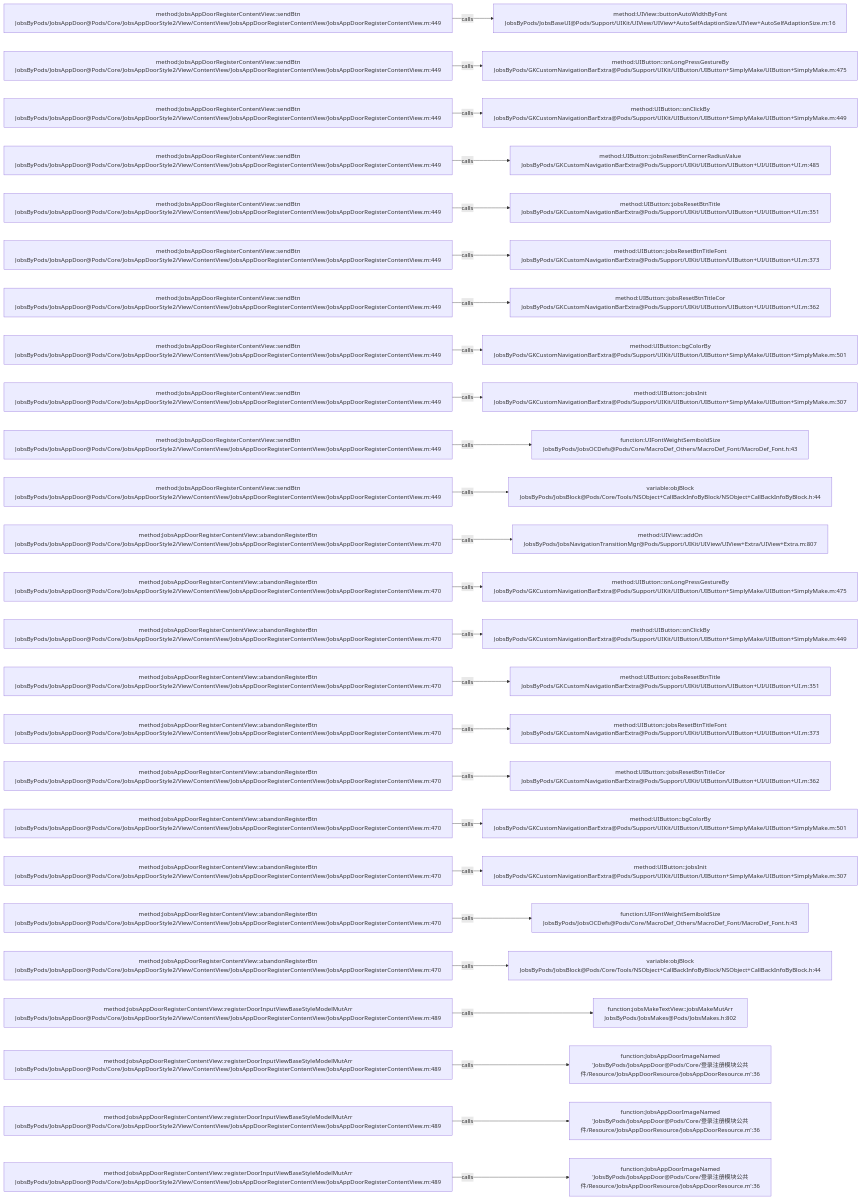
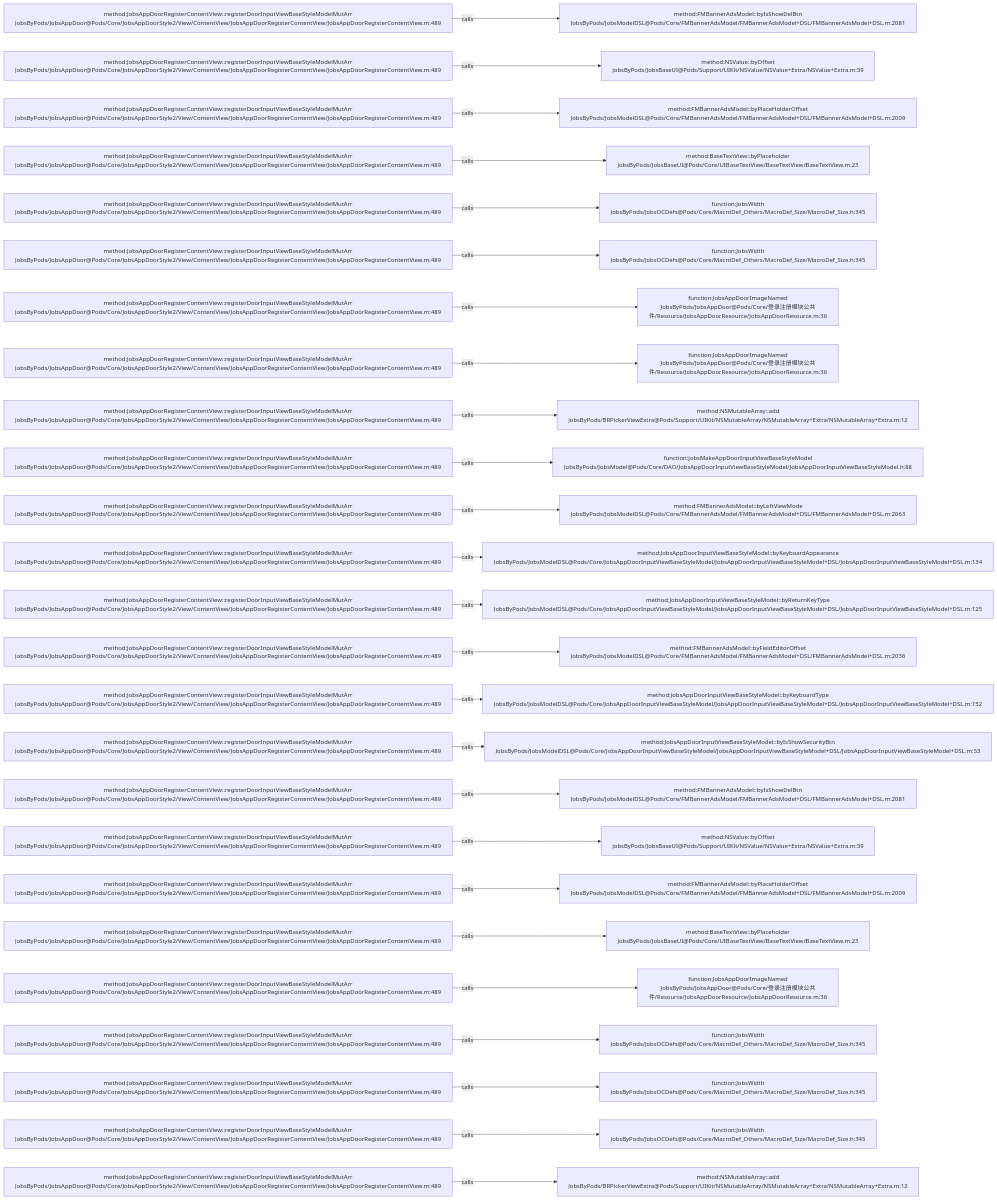
The diagram in .codegraph/codegraph.md/graphs/calls-133.md (JobsKits/JobsOCBaseConfigDemo), drawn with Mermaid before and after one commit. The commit also changed 223 other files, not shown here.

````diff
--- a/.codegraph/codegraph.md/graphs/calls-133.md
+++ b/.codegraph/codegraph.md/graphs/calls-133.md
@@ -13,78 +13,78 @@
 ```mermaid
 flowchart LR
-  S1["method:JobsAppDoorRegisterContentView::sendBtn<br/>JobsByPods/JobsAppDoor@Pods/Core/JobsAppDoorStyle2/View/ContentView/JobsAppDoorRegisterContentView/JobsAppDoorRegisterContentView.m:449"]
-  T1["method:UIView::buttonAutoWidthByFont<br/>JobsByPods/JobsBaseUI@Pods/Support/UIKit/UIView/UIView+AutoSelfAdaptionSize/UIView+AutoSelfAdaptionSize.m:16"]
+  S1["method:JobsAppDoorRegisterContentView::registerDoorInputViewBaseStyleModelMutArr<br/>JobsByPods/JobsAppDoor@Pods/Core/JobsAppDoorStyle2/View/ContentView/JobsAppDoorRegisterContentView/JobsAppDoorRegisterContentView.m:489"]
+  T1["method:FMBannerAdsModel::byIsShowDelBtn<br/>JobsByPods/JobsModelDSL@Pods/Core/FMBannerAdsModel/FMBannerAdsModel+DSL/FMBannerAdsModel+DSL.m:2081"]
   S1 -->|calls| T1
-  S2["method:JobsAppDoorRegisterContentView::sendBtn<br/>JobsByPods/JobsAppDoor@Pods/Core/JobsAppDoorStyle2/View/ContentView/JobsAppDoorRegisterContentView/JobsAppDoorRegisterContentView.m:449"]
-  T2["method:UIButton::onLongPressGestureBy<br/>JobsByPods/GKCustomNavigationBarExtra@Pods/Support/UIKit/UIButton/UIButton+SimplyMake/UIButton+SimplyMake.m:475"]
+  S2["method:JobsAppDoorRegisterContentView::registerDoorInputViewBaseStyleModelMutArr<br/>JobsByPods/JobsAppDoor@Pods/Core/JobsAppDoorStyle2/View/ContentView/JobsAppDoorRegisterContentView/JobsAppDoorRegisterContentView.m:489"]
+  T2["method:NSValue::byOffset<br/>JobsByPods/JobsBaseUI@Pods/Support/UIKit/NSValue/NSValue+Extra/NSValue+Extra.m:59"]
   S2 -->|calls| T2
-  S3["method:JobsAppDoorRegisterContentView::sendBtn<br/>JobsByPods/JobsAppDoor@Pods/Core/JobsAppDoorStyle2/View/ContentView/JobsAppDoorRegisterContentView/JobsAppDoorRegisterContentView.m:449"]
-  T3["method:UIButton::onClickBy<br/>JobsByPods/GKCustomNavigationBarExtra@Pods/Support/UIKit/UIButton/UIButton+SimplyMake/UIButton+SimplyMake.m:449"]
+  S3["method:JobsAppDoorRegisterContentView::registerDoorInputViewBaseStyleModelMutArr<br/>JobsByPods/JobsAppDoor@Pods/Core/JobsAppDoorStyle2/View/ContentView/JobsAppDoorRegisterContentView/JobsAppDoorRegisterContentView.m:489"]
+  T3["method:FMBannerAdsModel::byPlaceHolderOffset<br/>JobsByPods/JobsModelDSL@Pods/Core/FMBannerAdsModel/FMBannerAdsModel+DSL/FMBannerAdsModel+DSL.m:2009"]
   S3 -->|calls| T3
-  S4["method:JobsAppDoorRegisterContentView::sendBtn<br/>JobsByPods/JobsAppDoor@Pods/Core/JobsAppDoorStyle2/View/ContentView/JobsAppDoorRegisterContentView/JobsAppDoorRegisterContentView.m:449"]
-  T4["method:UIButton::jobsResetBtnCornerRadiusValue<br/>JobsByPods/GKCustomNavigationBarExtra@Pods/Support/UIKit/UIButton/UIButton+UI/UIButton+UI.m:485"]
+  S4["method:JobsAppDoorRegisterContentView::registerDoorInputViewBaseStyleModelMutArr<br/>JobsByPods/JobsAppDoor@Pods/Core/JobsAppDoorStyle2/View/ContentView/JobsAppDoorRegisterContentView/JobsAppDoorRegisterContentView.m:489"]
+  T4["method:BaseTextView::byPlaceholder<br/>JobsByPods/JobsBaseUI@Pods/Core/UIBaseTextView/BaseTextView/BaseTextView.m:23"]
   S4 -->|calls| T4
-  S5["method:JobsAppDoorRegisterContentView::sendBtn<br/>JobsByPods/JobsAppDoor@Pods/Core/JobsAppDoorStyle2/View/ContentView/JobsAppDoorRegisterContentView/JobsAppDoorRegisterContentView.m:449"]
-  T5["method:UIButton::jobsResetBtnTitle<br/>JobsByPods/GKCustomNavigationBarExtra@Pods/Support/UIKit/UIButton/UIButton+UI/UIButton+UI.m:351"]
+  S5["method:JobsAppDoorRegisterContentView::registerDoorInputViewBaseStyleModelMutArr<br/>JobsByPods/JobsAppDoor@Pods/Core/JobsAppDoorStyle2/View/ContentView/JobsAppDoorRegisterContentView/JobsAppDoorRegisterContentView.m:489"]
+  T5["function:JobsWidth<br/>JobsByPods/JobsOCDefs@Pods/Core/MacroDef_Others/MacroDef_Size/MacroDef_Size.h:345"]
   S5 -->|calls| T5
-  S6["method:JobsAppDoorRegisterContentView::sendBtn<br/>JobsByPods/JobsAppDoor@Pods/Core/JobsAppDoorStyle2/View/ContentView/JobsAppDoorRegisterContentView/JobsAppDoorRegisterContentView.m:449"]
-  T6["method:UIButton::jobsResetBtnTitleFont<br/>JobsByPods/GKCustomNavigationBarExtra@Pods/Support/UIKit/UIButton/UIButton+UI/UIButton+UI.m:373"]
+  S6["method:JobsAppDoorRegisterContentView::registerDoorInputViewBaseStyleModelMutArr<br/>JobsByPods/JobsAppDoor@Pods/Core/JobsAppDoorStyle2/View/ContentView/JobsAppDoorRegisterContentView/JobsAppDoorRegisterContentView.m:489"]
+  T6["function:JobsWidth<br/>JobsByPods/JobsOCDefs@Pods/Core/MacroDef_Others/MacroDef_Size/MacroDef_Size.h:345"]
   S6 -->|calls| T6
-  S7["method:JobsAppDoorRegisterContentView::sendBtn<br/>JobsByPods/JobsAppDoor@Pods/Core/JobsAppDoorStyle2/View/ContentView/JobsAppDoorRegisterContentView/JobsAppDoorRegisterContentView.m:449"]
-  T7["method:UIButton::jobsResetBtnTitleCor<br/>JobsByPods/GKCustomNavigationBarExtra@Pods/Support/UIKit/UIButton/UIButton+UI/UIButton+UI.m:362"]
+  S7["method:JobsAppDoorRegisterContentView::registerDoorInputViewBaseStyleModelMutArr<br/>JobsByPods/JobsAppDoor@Pods/Core/JobsAppDoorStyle2/View/ContentView/JobsAppDoorRegisterContentView/JobsAppDoorRegisterContentView.m:489"]
+  T7["function:JobsAppDoorImageNamed<br/>JobsByPods/JobsAppDoor@Pods/Core/登录注册模块公共件/Resource/JobsAppDoorResource/JobsAppDoorResource.m:36"]
   S7 -->|calls| T7
-  S8["method:JobsAppDoorRegisterContentView::sendBtn<br/>JobsByPods/JobsAppDoor@Pods/Core/JobsAppDoorStyle2/View/ContentView/JobsAppDoorRegisterContentView/JobsAppDoorRegisterContentView.m:449"]
-  T8["method:UIButton::bgColorBy<br/>JobsByPods/GKCustomNavigationBarExtra@Pods/Support/UIKit/UIButton/UIButton+SimplyMake/UIButton+SimplyMake.m:501"]
+  S8["method:JobsAppDoorRegisterContentView::registerDoorInputViewBaseStyleModelMutArr<br/>JobsByPods/JobsAppDoor@Pods/Core/JobsAppDoorStyle2/View/ContentView/JobsAppDoorRegisterContentView/JobsAppDoorRegisterContentView.m:489"]
+  T8["function:JobsAppDoorImageNamed<br/>JobsByPods/JobsAppDoor@Pods/Core/登录注册模块公共件/Resource/JobsAppDoorResource/JobsAppDoorResource.m:36"]
   S8 -->|calls| T8
-  S9["method:JobsAppDoorRegisterContentView::sendBtn<br/>JobsByPods/JobsAppDoor@Pods/Core/JobsAppDoorStyle2/View/ContentView/JobsAppDoorRegisterContentView/JobsAppDoorRegisterContentView.m:449"]
-  T9["method:UIButton::jobsInit<br/>JobsByPods/GKCustomNavigationBarExtra@Pods/Support/UIKit/UIButton/UIButton+SimplyMake/UIButton+SimplyMake.m:307"]
+  S9["method:JobsAppDoorRegisterContentView::registerDoorInputViewBaseStyleModelMutArr<br/>JobsByPods/JobsAppDoor@Pods/Core/JobsAppDoorStyle2/View/ContentView/JobsAppDoorRegisterContentView/JobsAppDoorRegisterContentView.m:489"]
+  T9["method:NSMutableArray::add<br/>JobsByPods/BRPickerViewExtra@Pods/Support/UIKit/NSMutableArray/NSMutableArray+Extra/NSMutableArray+Extra.m:12"]
   S9 -->|calls| T9
-  S10["method:JobsAppDoorRegisterContentView::sendBtn<br/>JobsByPods/JobsAppDoor@Pods/Core/JobsAppDoorStyle2/View/ContentView/JobsAppDoorRegisterContentView/JobsAppDoorRegisterContentView.m:449"]
-  T10["function:UIFontWeightSemiboldSize<br/>JobsByPods/JobsOCDefs@Pods/Core/MacroDef_Others/MacroDef_Font/MacroDef_Font.h:43"]
+  S10["method:JobsAppDoorRegisterContentView::registerDoorInputViewBaseStyleModelMutArr<br/>JobsByPods/JobsAppDoor@Pods/Core/JobsAppDoorStyle2/View/ContentView/JobsAppDoorRegisterContentView/JobsAppDoorRegisterContentView.m:489"]
+  T10["function:jobsMakeAppDoorInputViewBaseStyleModel<br/>JobsByPods/JobsModel@Pods/Core/DAO/JobsAppDoorInputViewBaseStyleModel/JobsAppDoorInputViewBaseStyleModel.h:88"]
   S10 -->|calls| T10
-  S11["method:JobsAppDoorRegisterContentView::sendBtn<br/>JobsByPods/JobsAppDoor@Pods/Core/JobsAppDoorStyle2/View/ContentView/JobsAppDoorRegisterContentView/JobsAppDoorRegisterContentView.m:449"]
-  T11["variable:objBlock<br/>JobsByPods/JobsBlock@Pods/Core/Tools/NSObject+CallBackInfoByBlock/NSObject+CallBackInfoByBlock.h:44"]
+  S11["method:JobsAppDoorRegisterContentView::registerDoorInputViewBaseStyleModelMutArr<br/>JobsByPods/JobsAppDoor@Pods/Core/JobsAppDoorStyle2/View/ContentView/JobsAppDoorRegisterContentView/JobsAppDoorRegisterContentView.m:489"]
+  T11["method:FMBannerAdsModel::byLeftViewMode<br/>JobsByPods/JobsModelDSL@Pods/Core/FMBannerAdsModel/FMBannerAdsModel+DSL/FMBannerAdsModel+DSL.m:2063"]
   S11 -->|calls| T11
-  S12["method:JobsAppDoorRegisterContentView::abandonRegisterBtn<br/>JobsByPods/JobsAppDoor@Pods/Core/JobsAppDoorStyle2/View/ContentView/JobsAppDoorRegisterContentView/JobsAppDoorRegisterContentView.m:470"]
-  T12["method:UIView::addOn<br/>JobsByPods/JobsNavigationTransitionMgr@Pods/Support/UIKit/UIView/UIView+Extra/UIView+Extra.m:807"]
+  S12["method:JobsAppDoorRegisterContentView::registerDoorInputViewBaseStyleModelMutArr<br/>JobsByPods/JobsAppDoor@Pods/Core/JobsAppDoorStyle2/View/ContentView/JobsAppDoorRegisterContentView/JobsAppDoorRegisterContentView.m:489"]
+  T12["method:JobsAppDoorInputViewBaseStyleModel::byKeyboardAppearance<br/>JobsByPods/JobsModelDSL@Pods/Core/JobsAppDoorInputViewBaseStyleModel/JobsAppDoorInputViewBaseStyleModel+DSL/JobsAppDoorInputViewBaseStyleModel+DSL.m:134"]
   S12 -->|calls| T12
-  S13["method:JobsAppDoorRegisterContentView::abandonRegisterBtn<br/>JobsByPods/JobsAppDoor@Pods/Core/JobsAppDoorStyle2/View/ContentView/JobsAppDoorRegisterContentView/JobsAppDoorRegisterContentView.m:470"]
-  T13["method:UIButton::onLongPressGestureBy<br/>JobsByPods/GKCustomNavigationBarExtra@Pods/Support/UIKit/UIButton/UIButton+SimplyMake/UIButton+SimplyMake.m:475"]
+  S13["method:JobsAppDoorRegisterContentView::registerDoorInputViewBaseStyleModelMutArr<br/>JobsByPods/JobsAppDoor@Pods/Core/JobsAppDoorStyle2/View/ContentView/JobsAppDoorRegisterContentView/JobsAppDoorRegisterContentView.m:489"]
+  T13["method:JobsAppDoorInputViewBaseStyleModel::byReturnKeyType<br/>JobsByPods/JobsModelDSL@Pods/Core/JobsAppDoorInputViewBaseStyleModel/JobsAppDoorInputViewBaseStyleModel+DSL/JobsAppDoorInputViewBaseStyleModel+DSL.m:125"]
   S13 -->|calls| T13
-  S14["method:JobsAppDoorRegisterContentView::abandonRegisterBtn<br/>JobsByPods/JobsAppDoor@Pods/Core/JobsAppDoorStyle2/View/ContentView/JobsAppDoorRegisterContentView/JobsAppDoorRegisterContentView.m:470"]
-  T14["method:UIButton::onClickBy<br/>JobsByPods/GKCustomNavigationBarExtra@Pods/Support/UIKit/UIButton/UIButton+SimplyMake/UIButton+SimplyMake.m:449"]
+  S14["method:JobsAppDoorRegisterContentView::registerDoorInputViewBaseStyleModelMutArr<br/>JobsByPods/JobsAppDoor@Pods/Core/JobsAppDoorStyle2/View/ContentView/JobsAppDoorRegisterContentView/JobsAppDoorRegisterContentView.m:489"]
+  T14["method:FMBannerAdsModel::byFieldEditorOffset<br/>JobsByPods/JobsModelDSL@Pods/Core/FMBannerAdsModel/FMBannerAdsModel+DSL/FMBannerAdsModel+DSL.m:2036"]
   S14 -->|calls| T14
-  S15["method:JobsAppDoorRegisterContentView::abandonRegisterBtn<br/>JobsByPods/JobsAppDoor@Pods/Core/JobsAppDoorStyle2/View/ContentView/JobsAppDoorRegisterContentView/JobsAppDoorRegisterContentView.m:470"]
-  T15["method:UIButton::jobsResetBtnTitle<br/>JobsByPods/GKCustomNavigationBarExtra@Pods/Support/UIKit/UIButton/UIButton+UI/UIButton+UI.m:351"]
+  S15["method:JobsAppDoorRegisterContentView::registerDoorInputViewBaseStyleModelMutArr<br/>JobsByPods/JobsAppDoor@Pods/Core/JobsAppDoorStyle2/View/ContentView/JobsAppDoorRegisterContentView/JobsAppDoorRegisterContentView.m:489"]
+  T15["method:JobsAppDoorInputViewBaseStyleModel::byKeyboardType<br/>JobsByPods/JobsModelDSL@Pods/Core/JobsAppDoorInputViewBaseStyleModel/JobsAppDoorInputViewBaseStyleModel+DSL/JobsAppDoorInputViewBaseStyleModel+DSL.m:152"]
   S15 -->|calls| T15
-  S16["method:JobsAppDoorRegisterContentView::abandonRegisterBtn<br/>JobsByPods/JobsAppDoor@Pods/Core/JobsAppDoorStyle2/View/ContentView/JobsAppDoorRegisterContentView/JobsAppDoorRegisterContentView.m:470"]
-  T16["method:UIButton::jobsResetBtnTitleFont<br/>JobsByPods/GKCustomNavigationBarExtra@Pods/Support/UIKit/UIButton/UIButton+UI/UIButton+UI.m:373"]
+  S16["method:JobsAppDoorRegisterContentView::registerDoorInputViewBaseStyleModelMutArr<br/>JobsByPods/JobsAppDoor@Pods/Core/JobsAppDoorStyle2/View/ContentView/JobsAppDoorRegisterContentView/JobsAppDoorRegisterContentView.m:489"]
+  T16["method:JobsAppDoorInputViewBaseStyleModel::byIsShowSecurityBtn<br/>JobsByPods/JobsModelDSL@Pods/Core/JobsAppDoorInputViewBaseStyleModel/JobsAppDoorInputViewBaseStyleModel+DSL/JobsAppDoorInputViewBaseStyleModel+DSL.m:53"]
   S16 -->|calls| T16
-  S17["method:JobsAppDoorRegisterContentView::abandonRegisterBtn<br/>JobsByPods/JobsAppDoor@Pods/Core/JobsAppDoorStyle2/View/ContentView/JobsAppDoorRegisterContentView/JobsAppDoorRegisterContentView.m:470"]
-  T17["method:UIButton::jobsResetBtnTitleCor<br/>JobsByPods/GKCustomNavigationBarExtra@Pods/Support/UIKit/UIButton/UIButton+UI/UIButton+UI.m:362"]
+  S17["method:JobsAppDoorRegisterContentView::registerDoorInputViewBaseStyleModelMutArr<br/>JobsByPods/JobsAppDoor@Pods/Core/JobsAppDoorStyle2/View/ContentView/JobsAppDoorRegisterContentView/JobsAppDoorRegisterContentView.m:489"]
+  T17["method:FMBannerAdsModel::byIsShowDelBtn<br/>JobsByPods/JobsModelDSL@Pods/Core/FMBannerAdsModel/FMBannerAdsModel+DSL/FMBannerAdsModel+DSL.m:2081"]
   S17 -->|calls| T17
-  S18["method:JobsAppDoorRegisterContentView::abandonRegisterBtn<br/>JobsByPods/JobsAppDoor@Pods/Core/JobsAppDoorStyle2/View/ContentView/JobsAppDoorRegisterContentView/JobsAppDoorRegisterContentView.m:470"]
-  T18["method:UIButton::bgColorBy<br/>JobsByPods/GKCustomNavigationBarExtra@Pods/Support/UIKit/UIButton/UIButton+SimplyMake/UIButton+SimplyMake.m:501"]
+  S18["method:JobsAppDoorRegisterContentView::registerDoorInputViewBaseStyleModelMutArr<br/>JobsByPods/JobsAppDoor@Pods/Core/JobsAppDoorStyle2/View/ContentView/JobsAppDoorRegisterContentView/JobsAppDoorRegisterContentView.m:489"]
+  T18["method:NSValue::byOffset<br/>JobsByPods/JobsBaseUI@Pods/Support/UIKit/NSValue/NSValue+Extra/NSValue+Extra.m:59"]
   S18 -->|calls| T18
-  S19["method:JobsAppDoorRegisterContentView::abandonRegisterBtn<br/>JobsByPods/JobsAppDoor@Pods/Core/JobsAppDoorStyle2/View/ContentView/JobsAppDoorRegisterContentView/JobsAppDoorRegisterContentView.m:470"]
-  T19["method:UIButton::jobsInit<br/>JobsByPods/GKCustomNavigationBarExtra@Pods/Support/UIKit/UIButton/UIButton+SimplyMake/UIButton+SimplyMake.m:307"]
+  S19["method:JobsAppDoorRegisterContentView::registerDoorInputViewBaseStyleModelMutArr<br/>JobsByPods/JobsAppDoor@Pods/Core/JobsAppDoorStyle2/View/ContentView/JobsAppDoorRegisterContentView/JobsAppDoorRegisterContentView.m:489"]
+  T19["method:FMBannerAdsModel::byPlaceHolderOffset<br/>JobsByPods/JobsModelDSL@Pods/Core/FMBannerAdsModel/FMBannerAdsModel+DSL/FMBannerAdsModel+DSL.m:2009"]
   S19 -->|calls| T19
-  S20["method:JobsAppDoorRegisterContentView::abandonRegisterBtn<br/>JobsByPods/JobsAppDoor@Pods/Core/JobsAppDoorStyle2/View/ContentView/JobsAppDoorRegisterContentView/JobsAppDoorRegisterContentView.m:470"]
-  T20["function:UIFontWeightSemiboldSize<br/>JobsByPods/JobsOCDefs@Pods/Core/MacroDef_Others/MacroDef_Font/MacroDef_Font.h:43"]
+  S20["method:JobsAppDoorRegisterContentView::registerDoorInputViewBaseStyleModelMutArr<br/>JobsByPods/JobsAppDoor@Pods/Core/JobsAppDoorStyle2/View/ContentView/JobsAppDoorRegisterContentView/JobsAppDoorRegisterContentView.m:489"]
+  T20["method:BaseTextView::byPlaceholder<br/>JobsByPods/JobsBaseUI@Pods/Core/UIBaseTextView/BaseTextView/BaseTextView.m:23"]
   S20 -->|calls| T20
-  S21["method:JobsAppDoorRegisterContentView::abandonRegisterBtn<br/>JobsByPods/JobsAppDoor@Pods/Core/JobsAppDoorStyle2/View/ContentView/JobsAppDoorRegisterContentView/JobsAppDoorRegisterContentView.m:470"]
-  T21["variable:objBlock<br/>JobsByPods/JobsBlock@Pods/Core/Tools/NSObject+CallBackInfoByBlock/NSObject+CallBackInfoByBlock.h:44"]
+  S21["method:JobsAppDoorRegisterContentView::registerDoorInputViewBaseStyleModelMutArr<br/>JobsByPods/JobsAppDoor@Pods/Core/JobsAppDoorStyle2/View/ContentView/JobsAppDoorRegisterContentView/JobsAppDoorRegisterContentView.m:489"]
+  T21["function:JobsAppDoorImageNamed<br/>JobsByPods/JobsAppDoor@Pods/Core/登录注册模块公共件/Resource/JobsAppDoorResource/JobsAppDoorResource.m:36"]
   S21 -->|calls| T21
   S22["method:JobsAppDoorRegisterContentView::registerDoorInputViewBaseStyleModelMutArr<br/>JobsByPods/JobsAppDoor@Pods/Core/JobsAppDoorStyle2/View/ContentView/JobsAppDoorRegisterContentView/JobsAppDoorRegisterContentView.m:489"]
-  T22["function:jobsMakeTextView::jobsMakeMutArr<br/>JobsByPods/JobsMakes@Pods/JobsMakes.h:802"]
+  T22["function:JobsWidth<br/>JobsByPods/JobsOCDefs@Pods/Core/MacroDef_Others/MacroDef_Size/MacroDef_Size.h:345"]
   S22 -->|calls| T22
   S23["method:JobsAppDoorRegisterContentView::registerDoorInputViewBaseStyleModelMutArr<br/>JobsByPods/JobsAppDoor@Pods/Core/JobsAppDoorStyle2/View/ContentView/JobsAppDoorRegisterContentView/JobsAppDoorRegisterContentView.m:489"]
-  T23["function:JobsAppDoorImageNamed<br/>'JobsByPods/JobsAppDoor@Pods/Core/登录注册模块公共件/Resource/JobsAppDoorResource/JobsAppDoorResource.m':36"]
+  T23["function:JobsWidth<br/>JobsByPods/JobsOCDefs@Pods/Core/MacroDef_Others/MacroDef_Size/MacroDef_Size.h:345"]
   S23 -->|calls| T23
   S24["method:JobsAppDoorRegisterContentView::registerDoorInputViewBaseStyleModelMutArr<br/>JobsByPods/JobsAppDoor@Pods/Core/JobsAppDoorStyle2/View/ContentView/JobsAppDoorRegisterContentView/JobsAppDoorRegisterContentView.m:489"]
-  T24["function:JobsAppDoorImageNamed<br/>'JobsByPods/JobsAppDoor@Pods/Core/登录注册模块公共件/Resource/JobsAppDoorResource/JobsAppDoorResource.m':36"]
+  T24["function:JobsWidth<br/>JobsByPods/JobsOCDefs@Pods/Core/MacroDef_Others/MacroDef_Size/MacroDef_Size.h:345"]
   S24 -->|calls| T24
   S25["method:JobsAppDoorRegisterContentView::registerDoorInputViewBaseStyleModelMutArr<br/>JobsByPods/JobsAppDoor@Pods/Core/JobsAppDoorStyle2/View/ContentView/JobsAppDoorRegisterContentView/JobsAppDoorRegisterContentView.m:489"]
-  T25["function:JobsAppDoorImageNamed<br/>'JobsByPods/JobsAppDoor@Pods/Core/登录注册模块公共件/Resource/JobsAppDoorResource/JobsAppDoorResource.m':36"]
+  T25["method:NSMutableArray::add<br/>JobsByPods/BRPickerViewExtra@Pods/Support/UIKit/NSMutableArray/NSMutableArray+Extra/NSMutableArray+Extra.m:12"]
   S25 -->|calls| T25
 ```
````
